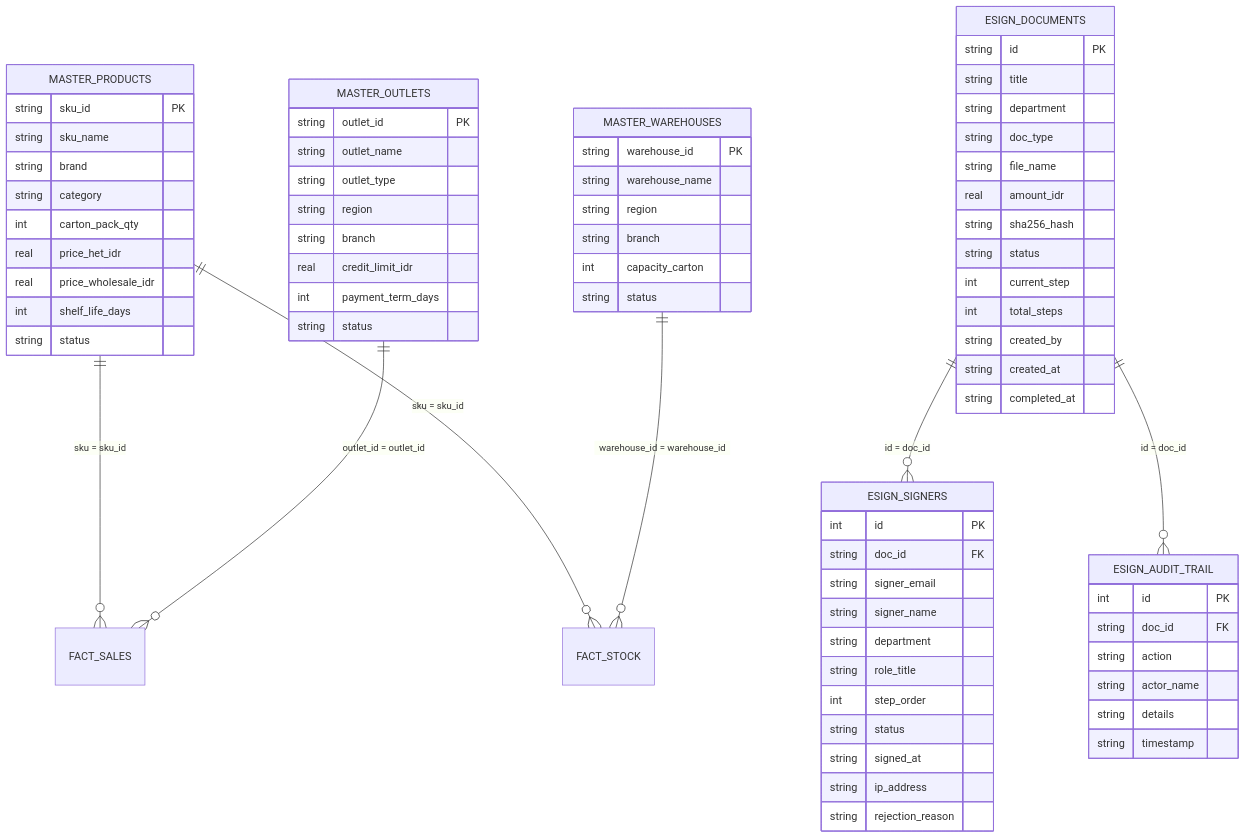
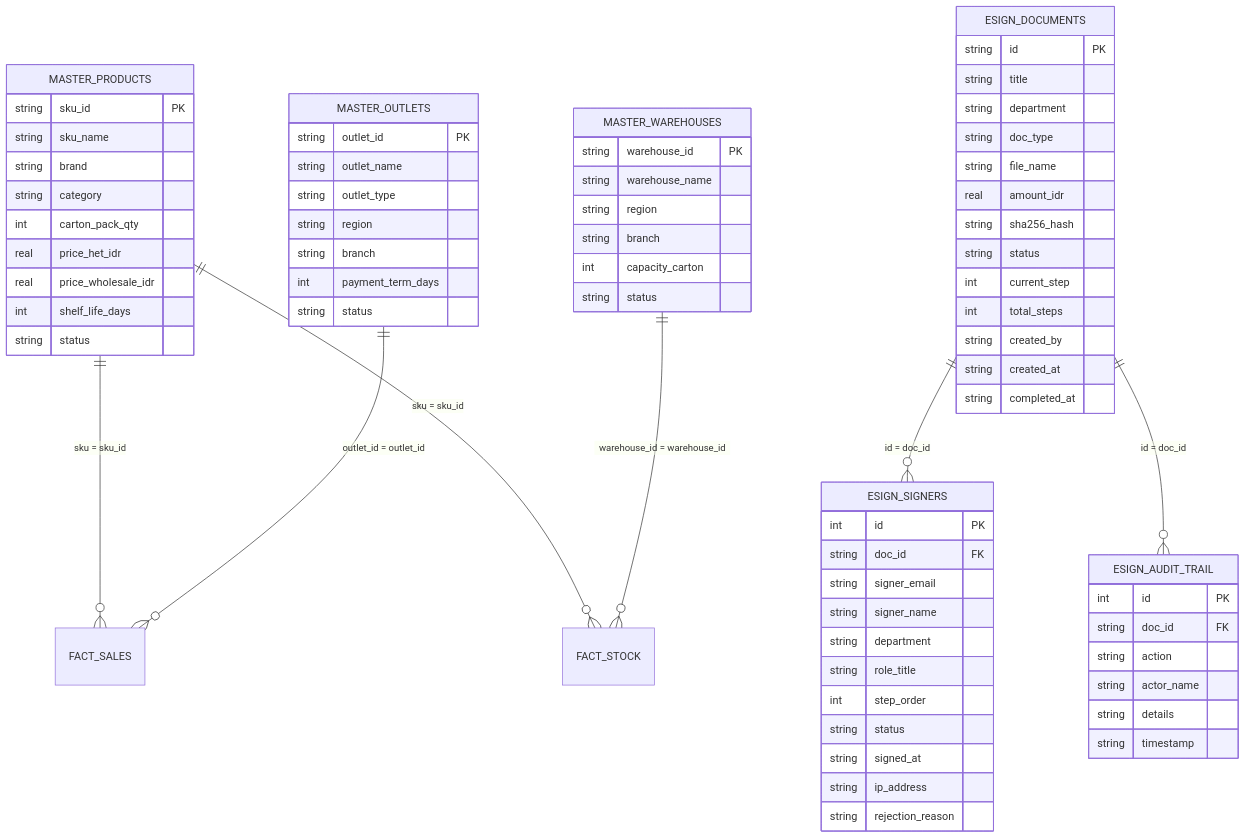
One commit to mwyzer/kelinciku changed the third of 3 diagrams in documentation/DATABASE-DESIGN.md. Above: the diagram before and after it, drawn with Mermaid. The commit also changed 9 other files, not shown here.

````diff
--- a/documentation/DATABASE-DESIGN.md
+++ b/documentation/DATABASE-DESIGN.md
@@ -178,81 +178,80 @@
 ```mermaid
 erDiagram
     MASTER_PRODUCTS ||--o{ FACT_SALES : "sku = sku_id"
     MASTER_PRODUCTS ||--o{ FACT_STOCK : "sku = sku_id"
     MASTER_OUTLETS ||--o{ FACT_SALES : "outlet_id = outlet_id"
     MASTER_WAREHOUSES ||--o{ FACT_STOCK : "warehouse_id = warehouse_id"
     
     ESIGN_DOCUMENTS ||--o{ ESIGN_SIGNERS : "id = doc_id"
     ESIGN_DOCUMENTS ||--o{ ESIGN_AUDIT_TRAIL : "id = doc_id"
 
     MASTER_PRODUCTS {
         string sku_id PK
         string sku_name
         string brand
         string category
         int carton_pack_qty
         real price_het_idr
         real price_wholesale_idr
         int shelf_life_days
         string status
     }
 
     MASTER_OUTLETS {
         string outlet_id PK
         string outlet_name
         string outlet_type
         string region
         string branch
-        real credit_limit_idr
         int payment_term_days
         string status
     }
 
     MASTER_WAREHOUSES {
         string warehouse_id PK
         string warehouse_name
         string region
         string branch
         int capacity_carton
         string status
     }
 
     ESIGN_DOCUMENTS {
         string id PK
         string title
         string department
         string doc_type
         string file_name
         real amount_idr
         string sha256_hash
         string status
         int current_step
         int total_steps
         string created_by
         string created_at
         string completed_at
     }
 
     ESIGN_SIGNERS {
         int id PK
         string doc_id FK
         string signer_email
         string signer_name
         string department
         string role_title
         int step_order
         string status
         string signed_at
         string ip_address
         string rejection_reason
     }
 
     ESIGN_AUDIT_TRAIL {
         int id PK
         string doc_id FK
         string action
         string actor_name
         string details
         string timestamp
     }
 ```
````
